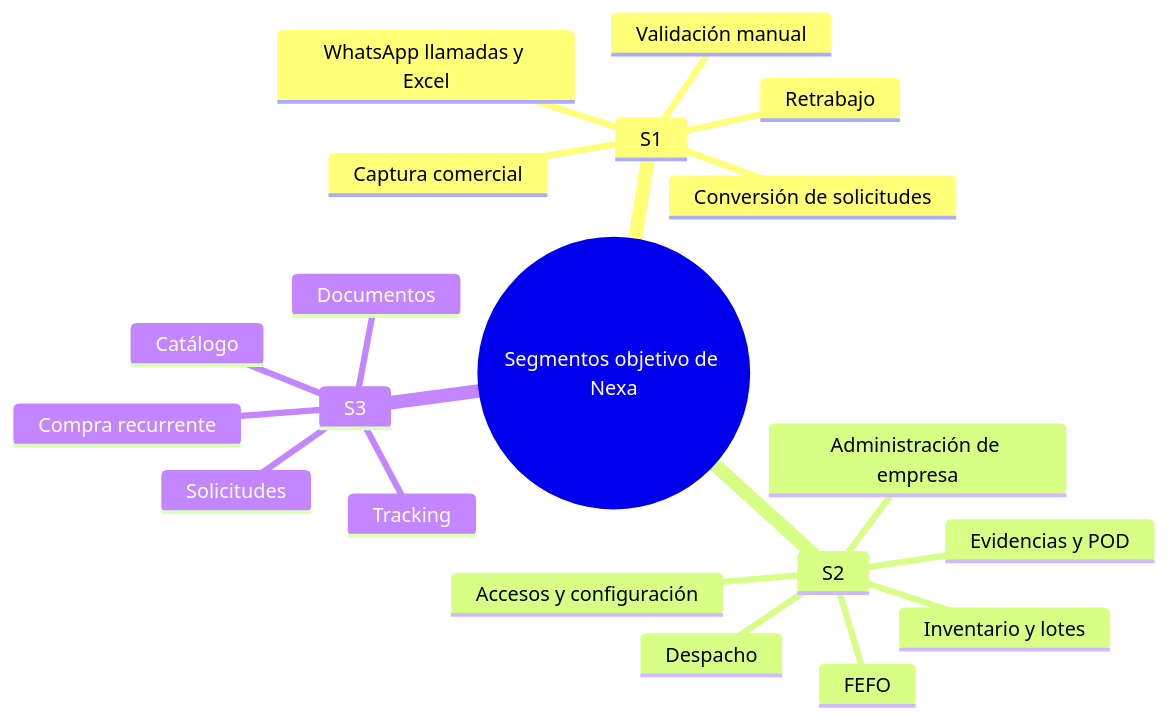
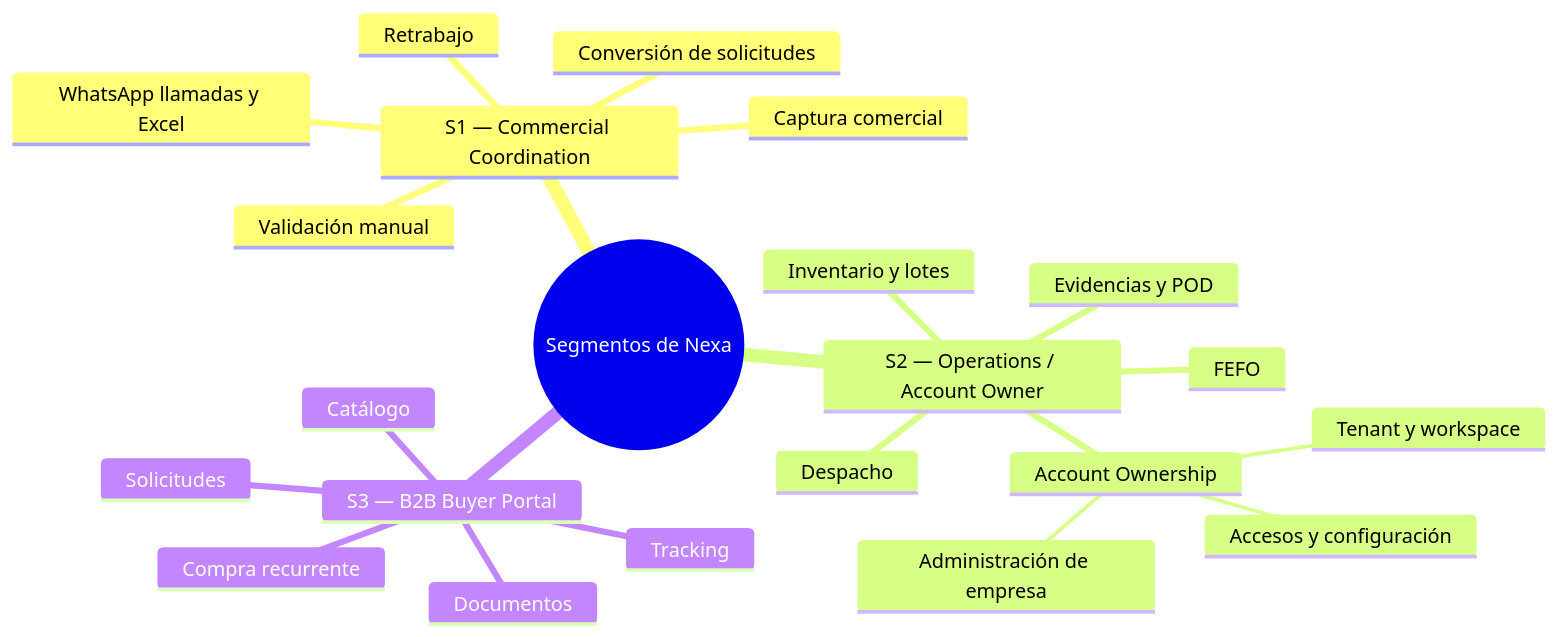
One commit to upc-pre-202610-1asi0729-12010-VulturesD/nexa-report changed the third of 4 diagrams in 10-chapter-1-introduction/1-3-target-segments.md. Above: the diagram before and after it, drawn with Mermaid. The commit also changed other lines of this file and 1 other file, not shown here.

````diff
--- a/10-chapter-1-introduction/1-3-target-segments.md
+++ b/10-chapter-1-introduction/1-3-target-segments.md
@@ -105,23 +85,25 @@
 ```mermaid
 mindmap
-  root((Segmentos objetivo de Nexa))
-    S1
+  root((Segmentos de Nexa))
+    S1 — Commercial Coordination
       Captura comercial
       WhatsApp llamadas y Excel
       Validación manual
       Conversión de solicitudes
       Retrabajo
-    S2
+    S2 — Operations / Account Owner
       Inventario y lotes
       FEFO
       Despacho
       Evidencias y POD
-      Administración de empresa
-      Accesos y configuración
-    S3
+      Account Ownership
+        Administración de empresa
+        Tenant y workspace
+        Accesos y configuración
+    S3 — B2B Buyer Portal
       Compra recurrente
       Catálogo
       Solicitudes
       Tracking
       Documentos
 ```
````
